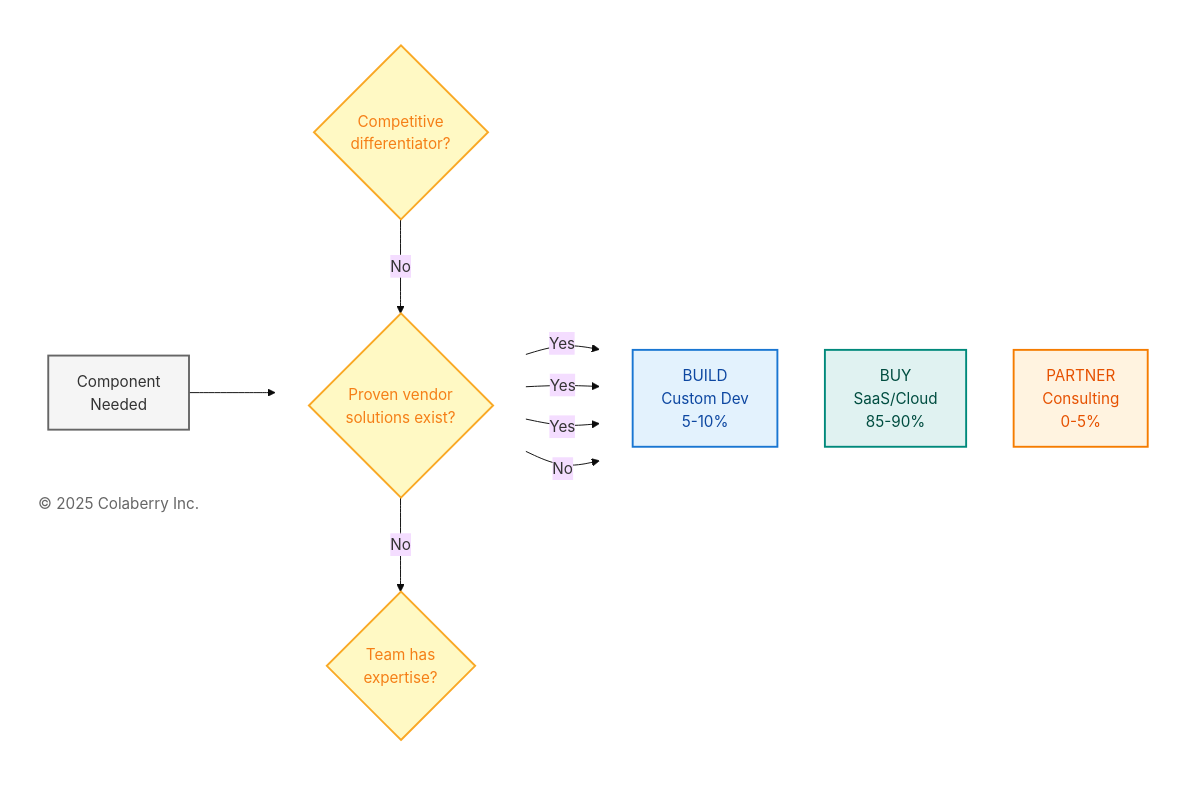
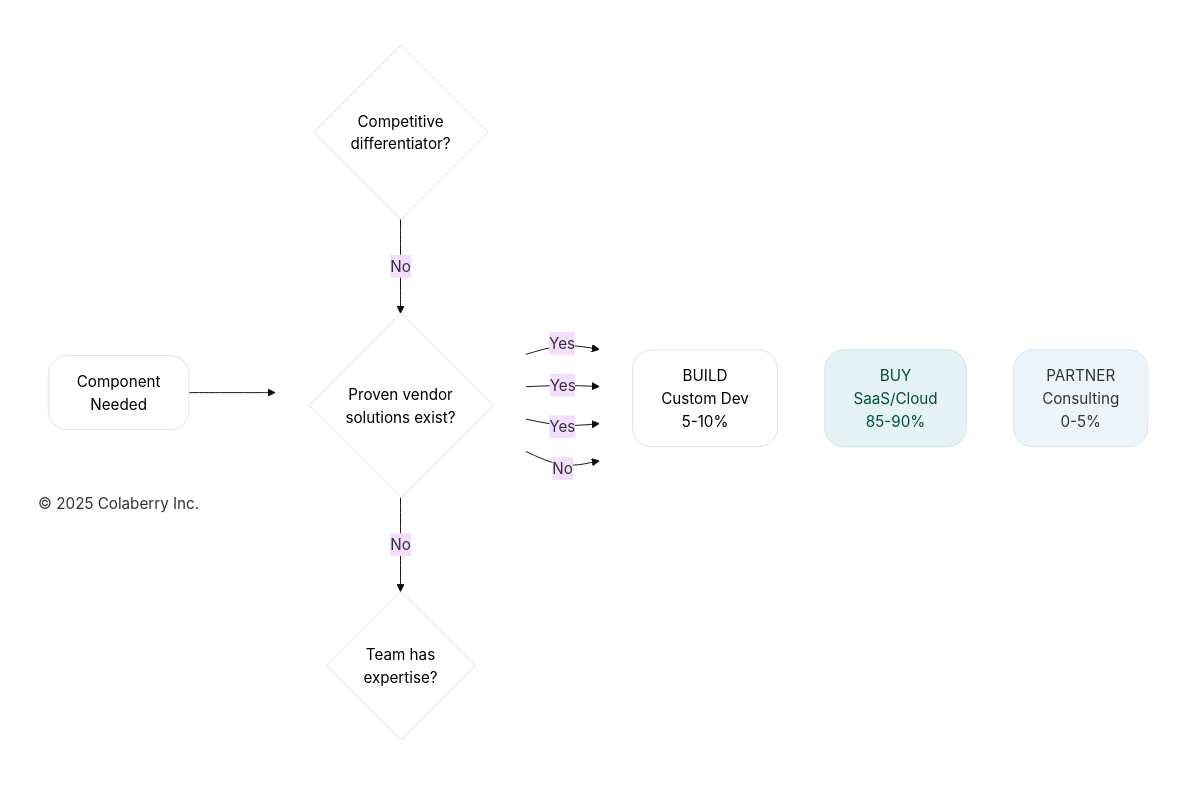
Before and after one commit to saitejesh-cyber/trust-before-intelligence-book: the third of 5 diagrams in manuscript/12_chapter_11_technology_selection_guide.md, drawn with Mermaid (base theme). The commit also changed other lines of this file and 7 other files, not shown here.

Commit message:
Chapter 6to13: Updated mermaid diagrams based on new colaberry color code

````diff
--- a/manuscript/12_chapter_11_technology_selection_guide.md
+++ b/manuscript/12_chapter_11_technology_selection_guide.md
@@ -209,41 +209,41 @@
 ```mermaid
 
 graph LR
     START["Component<br/>Needed"]
     
     subgraph DECISIONS[" "]
         direction TB
         Q1{"Competitive<br/>differentiator?"}
         Q2{"Proven vendor<br/>solutions exist?"}
         Q3{"Team has<br/>expertise?"}
     end
     
     subgraph OUTCOMES[" "]
         direction TB
         BUILD["BUILD<br/>Custom Dev<br/>5-10%"]
         BUY["BUY<br/>SaaS/Cloud<br/>85-90%"]
         PARTNER["PARTNER<br/>Consulting<br/>0-5%"]
     end
     
     Copyright["© 2025 Colaberry Inc."]
     
     START --> Q1
     Q1 -->|"Yes"| BUILD
     Q1 -->|"No"| Q2
     Q2 -->|"Yes"| BUY
     Q2 -->|"No"| Q3
     Q3 -->|"Yes"| BUILD
     Q3 -->|"No"| PARTNER
     
     style DECISIONS fill:none,stroke:none
     style OUTCOMES fill:none,stroke:none
-    style START fill:#f5f5f5,stroke:#666666,stroke-width:2px,color:#333333
-    style Q1 fill:#fff9c4,stroke:#f9a825,stroke-width:2px,color:#f57f17
-    style Q2 fill:#fff9c4,stroke:#f9a825,stroke-width:2px,color:#f57f17
-    style Q3 fill:#fff9c4,stroke:#f9a825,stroke-width:2px,color:#f57f17
-    style BUILD fill:#e3f2fd,stroke:#1976d2,stroke-width:2px,color:#0d47a1
-    style BUY fill:#e0f2f1,stroke:#00897b,stroke-width:2px,color:#004d40
-    style PARTNER fill:#fff3e0,stroke:#f57c00,stroke-width:2px,color:#e65100
-    style Copyright fill:#ffffff,stroke:none,color:#666666
+    style START fill:#ffffff,stroke:#e0e0e0,stroke-width:1px,color:#000000,rx:20,ry:20
+    style Q1 fill:#ffffff,stroke:#e0e0e0,stroke-width:1px,color:#000000,rx:20,ry:20
+    style Q2 fill:#ffffff,stroke:#e0e0e0,stroke-width:1px,color:#000000,rx:20,ry:20
+    style Q3 fill:#ffffff,stroke:#e0e0e0,stroke-width:1px,color:#000000,rx:20,ry:20
+    style BUILD fill:#ffffff,stroke:#e0e0e0,stroke-width:1px,color:#000000,rx:20,ry:20
+    style BUY fill:#e6f3f6,stroke:#c7e3ea,stroke-width:1px,color:#004d40,rx:20,ry:20
+    style PARTNER fill:#edf4fa,stroke:#d6e4f2,stroke-width:1px,color:#333333,rx:20,ry:20
+    style Copyright fill:none,stroke:none,color:#333333
 
 ```
````
